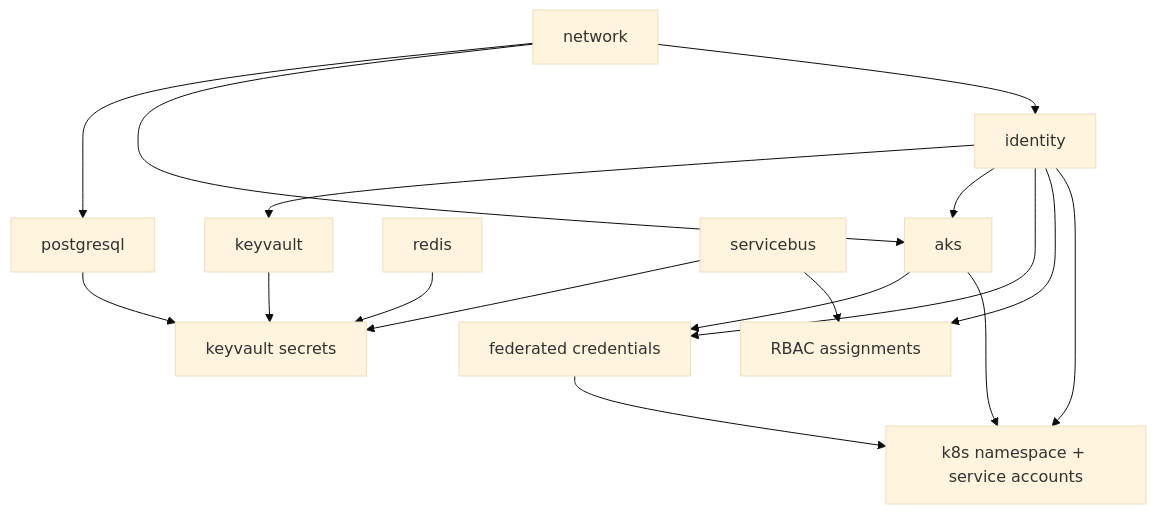
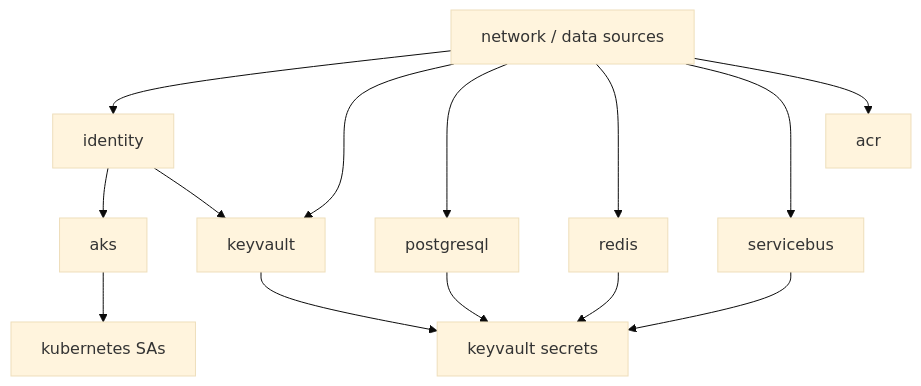
The diagram in infra/terraform/README.md (LeoM0303/Shopppulse_SS), drawn with Mermaid (base theme) before and after one commit. The commit also changed other lines of this file and 50 other files, not shown here.

````diff
--- a/infra/terraform/README.md
+++ b/infra/terraform/README.md
@@ -50,36 +114,26 @@
 ```mermaid
 flowchart TD
-  network[network]
+  network[network / data sources]
   identity[identity]
   keyvault[keyvault]
   postgresql[postgresql]
   redis[redis]
   servicebus[servicebus]
+  acr[acr]
   aks[aks]
-  fic[federated credentials]
-  rbac[RBAC assignments]
   secrets[keyvault secrets]
-  k8s[k8s namespace + service accounts]
 
+  network --> identity
+  network --> keyvault
   network --> postgresql
-  network --> aks
-  network --> identity
-
+  network --> redis
+  network --> servicebus
+  network --> acr
+  identity --> aks
   identity --> keyvault
-  identity --> aks
-
   postgresql --> secrets
   redis --> secrets
   servicebus --> secrets
-
-  aks --> fic
-  identity --> fic
-
-  identity --> rbac
-  servicebus --> rbac
-
   keyvault --> secrets
-  aks --> k8s
-  identity --> k8s
-  fic --> k8s
+  aks --> k8s[kubernetes SAs]
 ```
````
